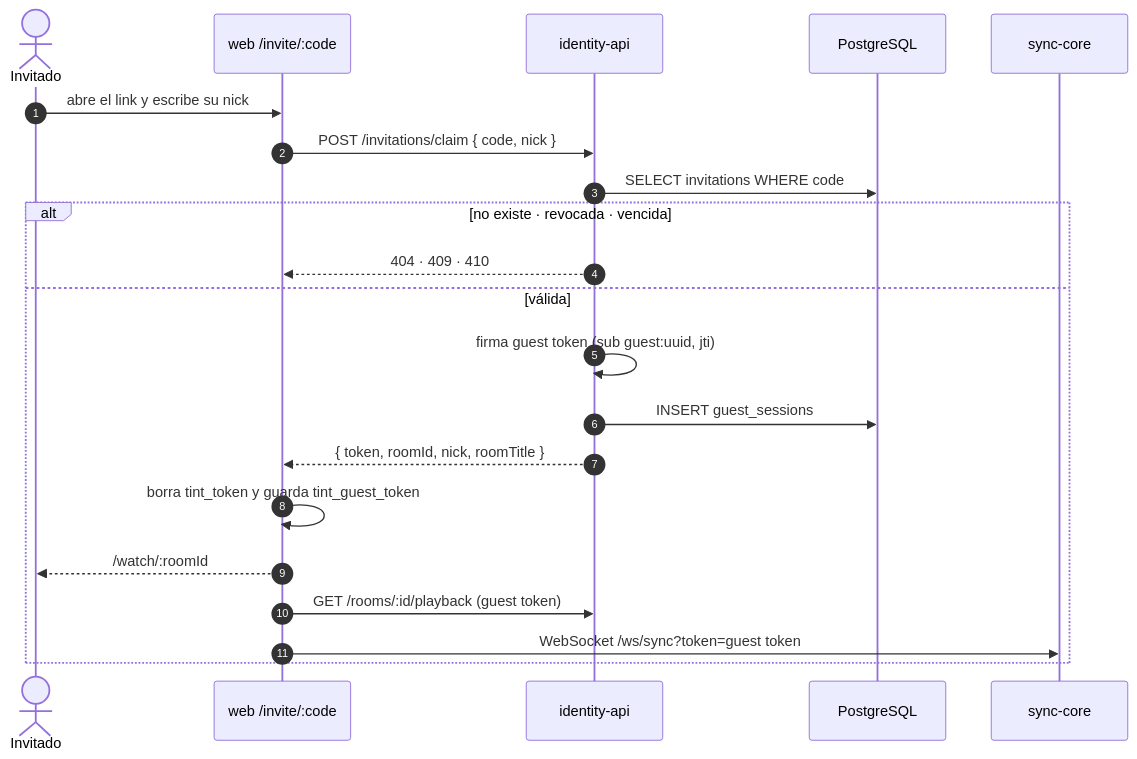
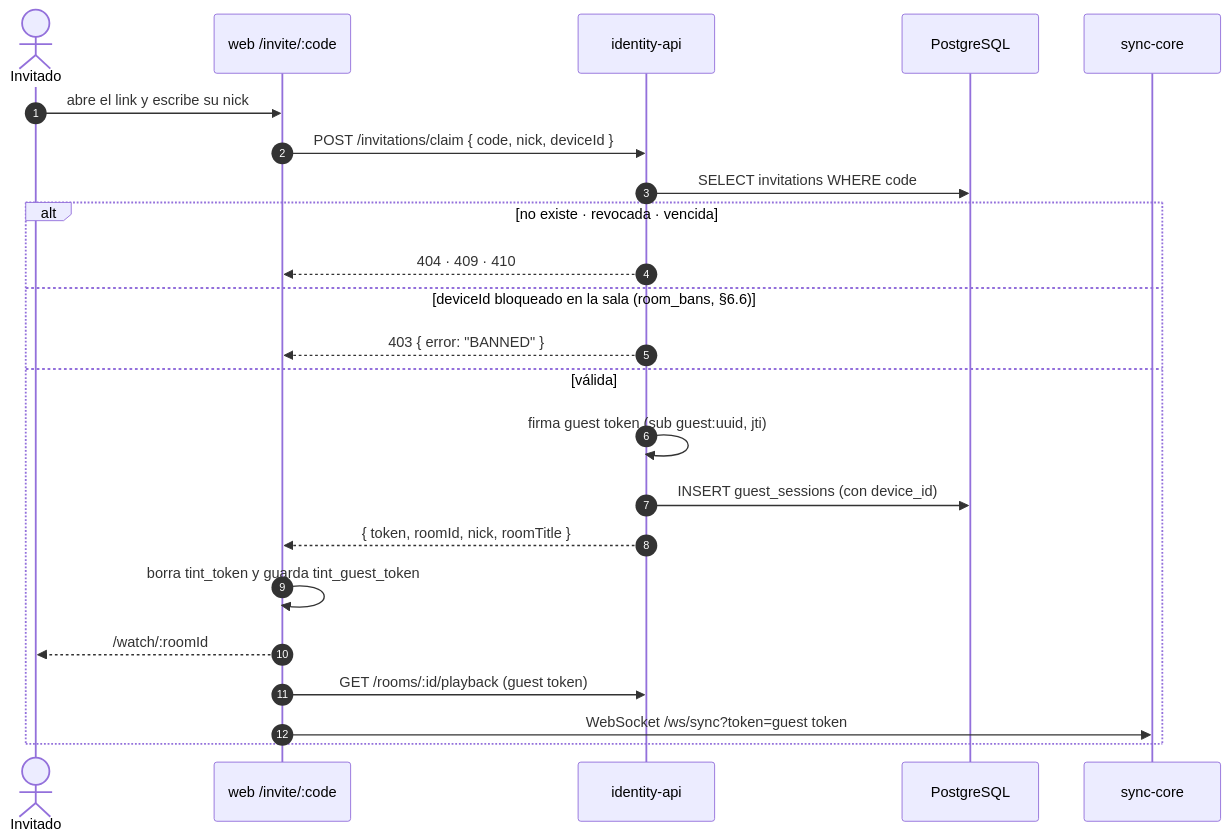
One commit to N1ghtlyC0de/TINT changed the sixth of 10 diagrams in docs/usuarios-e-identidad.md. Above: the diagram before and after it, drawn with Mermaid. The commit also changed other lines of this file and 5 other files, not shown here.

````diff
--- a/docs/usuarios-e-identidad.md
+++ b/docs/usuarios-e-identidad.md
@@ -298,24 +315,26 @@
 ```mermaid
 sequenceDiagram
     autonumber
     actor I as Invitado
     participant W as web /invite/:code
     participant API as identity-api
     participant PG as PostgreSQL
     participant SC as sync-core
 
     I->>W: abre el link y escribe su nick
-    W->>API: POST /invitations/claim { code, nick }
+    W->>API: POST /invitations/claim { code, nick, deviceId }
     API->>PG: SELECT invitations WHERE code
     alt no existe · revocada · vencida
         API-->>W: 404 · 409 · 410
+    else deviceId bloqueado en la sala (room_bans, §6.6)
+        API-->>W: 403 { error: "BANNED" }
     else válida
         API->>API: firma guest token (sub guest:uuid, jti)
-        API->>PG: INSERT guest_sessions
+        API->>PG: INSERT guest_sessions (con device_id)
         API-->>W: { token, roomId, nick, roomTitle }
         W->>W: borra tint_token y guarda tint_guest_token
         W-->>I: /watch/:roomId
         W->>API: GET /rooms/:id/playback (guest token)
         W->>SC: WebSocket /ws/sync?token=guest token
     end
 ```
````
